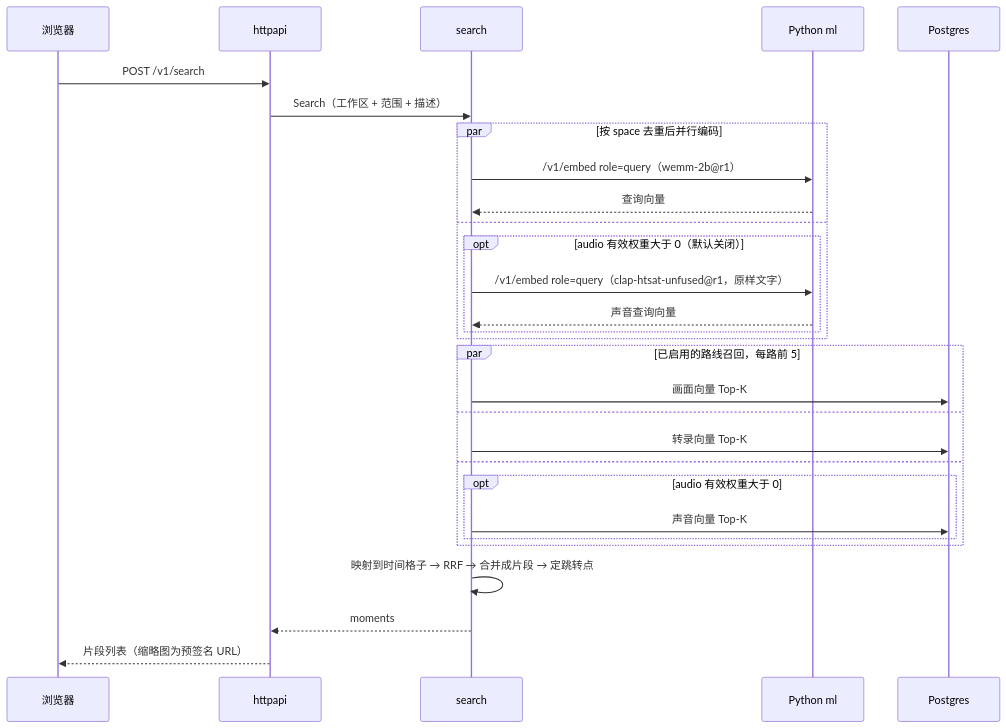
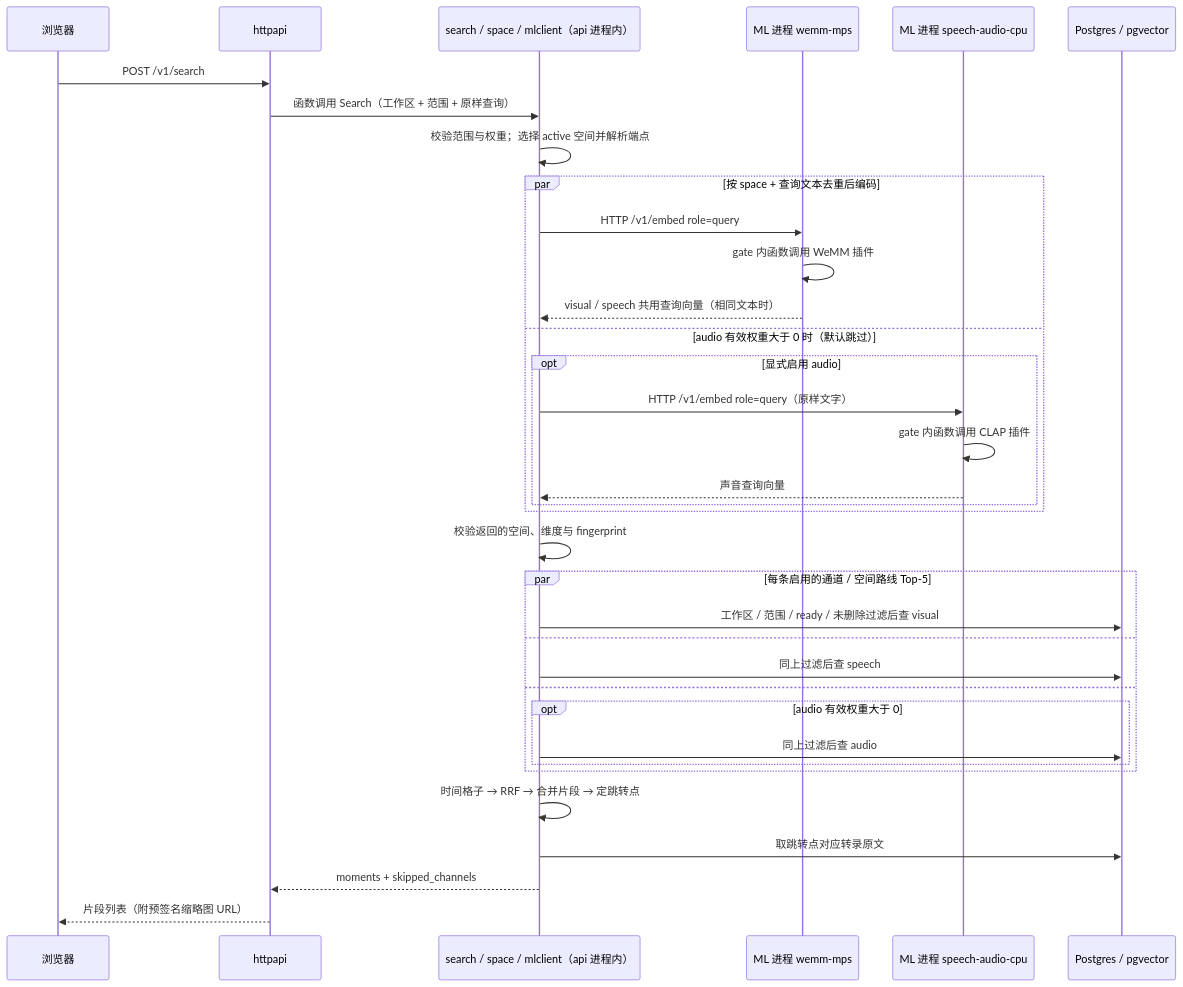
One commit to realOzine/videohelper changed diagram 12 of 19 in docs/design.md. Above: the diagram before and after it, drawn with Mermaid. The commit also changed other lines of this file, not shown here.

Commit message:
docs: align design diagrams with model plugins

````diff
--- a/docs/design.md
+++ b/docs/design.md
@@ -518,32 +531,38 @@
 ```mermaid
 sequenceDiagram
   participant B as 浏览器
   participant A as httpapi
-  participant S as search
-  participant P as Python ml
-  participant G as Postgres
+  participant S as search / space / mlclient（api 进程内）
+  participant M as ML 进程 wemm-mps
+  participant C as ML 进程 speech-audio-cpu
+  participant G as Postgres / pgvector
 
   B->>A: POST /v1/search
-  A->>S: Search（工作区 + 范围 + 描述）
-  par 按 space 去重后并行编码
-    S->>P: /v1/embed role=query（wemm-2b@r1）
-    P-->>S: 查询向量
-  and
-    opt audio 有效权重大于 0（默认关闭）
-      S->>P: /v1/embed role=query（clap-htsat-unfused@r1，原样文字）
-      P-->>S: 声音查询向量
+  A->>S: 函数调用 Search（工作区 + 范围 + 原样查询）
+  S->>S: 校验范围与权重；选择 active 空间并解析端点
+  par 按 space + 查询文本去重后编码
+    S->>M: HTTP /v1/embed role=query
+    M->>M: gate 内函数调用 WeMM 插件
+    M-->>S: visual / speech 共用查询向量（相同文本时）
+  and audio 有效权重大于 0 时（默认跳过）
+    opt 显式启用 audio
+      S->>C: HTTP /v1/embed role=query（原样文字）
+      C->>C: gate 内函数调用 CLAP 插件
+      C-->>S: 声音查询向量
     end
   end
-  par 已启用的路线召回，每路前 5
-    S->>G: 画面向量 Top-K
+  S->>S: 校验返回的空间、维度与 fingerprint
+  par 每条启用的通道 / 空间路线 Top-5
+    S->>G: 工作区 / 范围 / ready / 未删除过滤后查 visual
   and
-    S->>G: 转录向量 Top-K
+    S->>G: 同上过滤后查 speech
   and
     opt audio 有效权重大于 0
-      S->>G: 声音向量 Top-K
+      S->>G: 同上过滤后查 audio
     end
   end
-  S->>S: 映射到时间格子 → RRF → 合并成片段 → 定跳转点
-  S-->>A: moments
-  A-->>B: 片段列表（缩略图为预签名 URL）
+  S->>S: 时间格子 → RRF → 合并片段 → 定跳转点
+  S->>G: 取跳转点对应转录原文
+  S-->>A: moments + skipped_channels
+  A-->>B: 片段列表（附预签名缩略图 URL）
 ```
````
